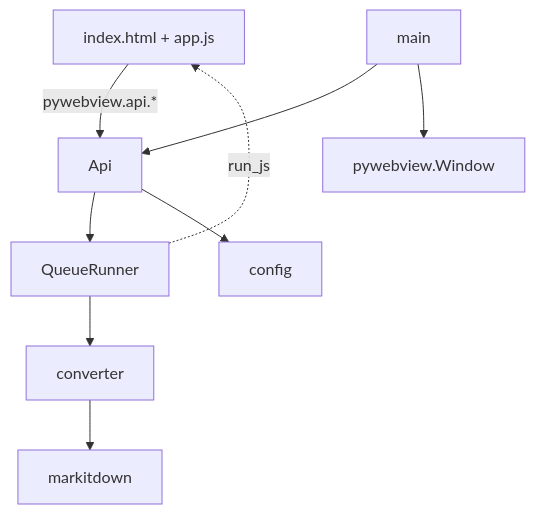
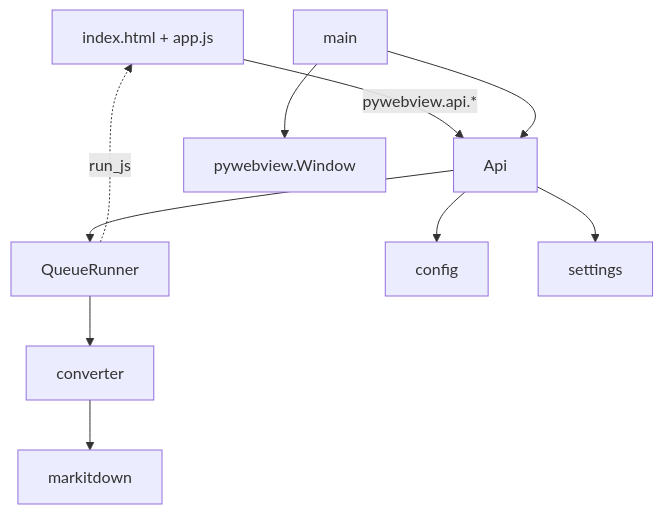
One commit to YERCKEN/tomarkdown changed the first of 3 diagrams in docs/arquitectura/overview.md. Above: the diagram before and after it, drawn with Mermaid. The commit also changed other lines of this file and 10 other files, not shown here.

````diff
--- a/docs/arquitectura/overview.md
+++ b/docs/arquitectura/overview.md
@@ -11,11 +11,12 @@
 ```mermaid
 graph TD;
     HTML["index.html + app.js"] -->|"pywebview.api.*"| API["Api"];
     API --> RUNNER["QueueRunner"];
     API --> CFG["config"];
+    API --> SET["settings"];
     RUNNER --> CONV["converter"];
     CONV --> MD["markitdown"];
     RUNNER -.->|"run_js"| HTML;
     MAIN["main"] --> API;
     MAIN --> WIN["pywebview.Window"];
 ```
````
